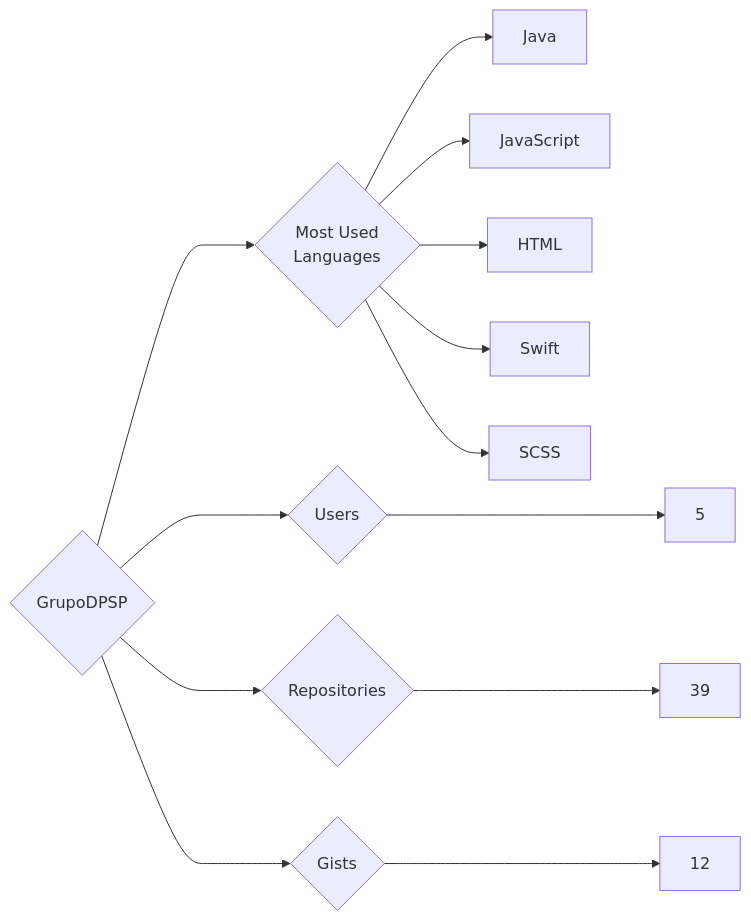
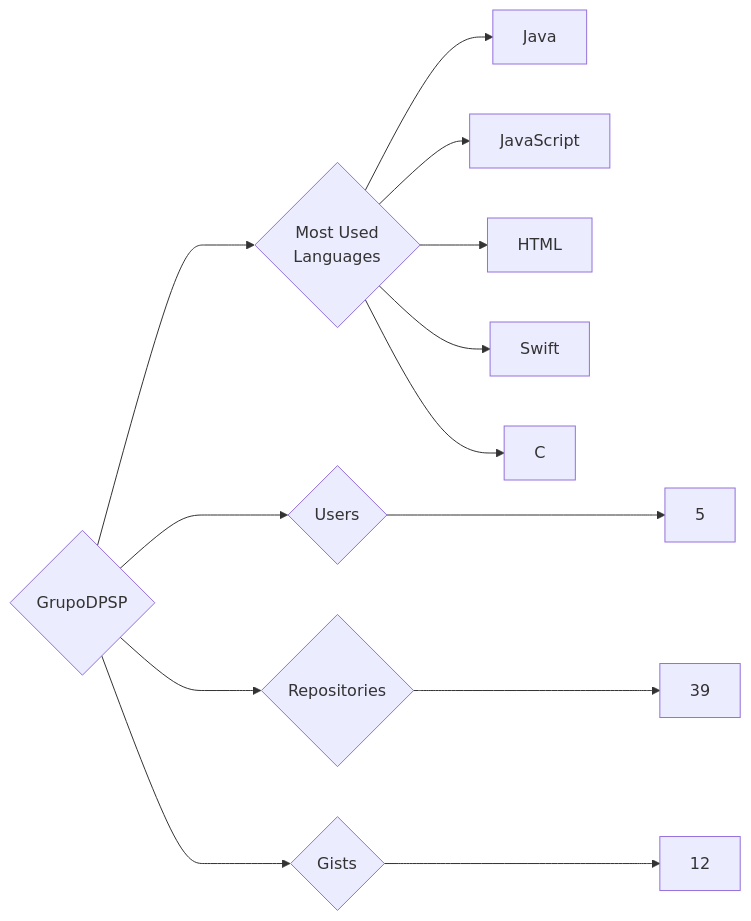
The diagram in targets/GrupoDPSP/README.md (trickest/insiders), drawn with Mermaid before and after one commit. The commit also changed 1149 other files, not shown here.

````diff
--- a/targets/GrupoDPSP/README.md
+++ b/targets/GrupoDPSP/README.md
@@ -3,13 +3,13 @@
 ```mermaid
 graph LR
 COMPANY_NAME{GrupoDPSP}
 COMPANY_NAME ---> U{Users} ---> UN[5]
 COMPANY_NAME ---> R{Repositories} ---> RN[39]
 COMPANY_NAME ---> G{Gists} ---> GN[12]
 COMPANY_NAME ---> ML{Most Used<br>Languages}
 ML --> Java[Java]
 ML --> JavaScript[JavaScript]
 ML --> HTML[HTML]
 ML --> Swift[Swift]
-ML --> SCSS[SCSS]
+ML --> C[C]
 ```
````
